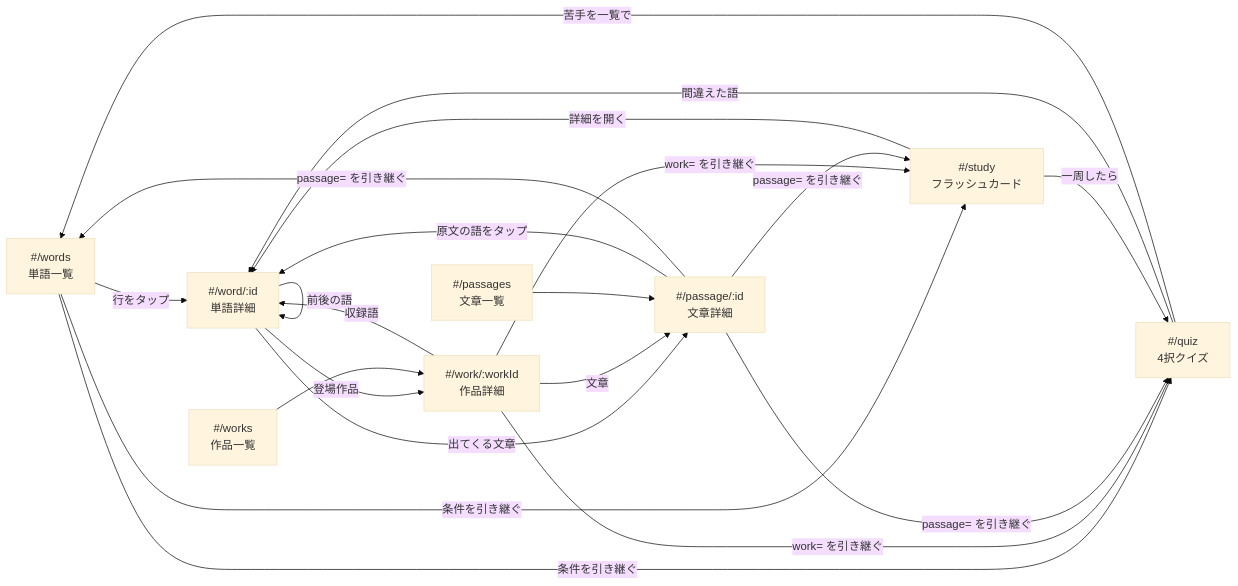
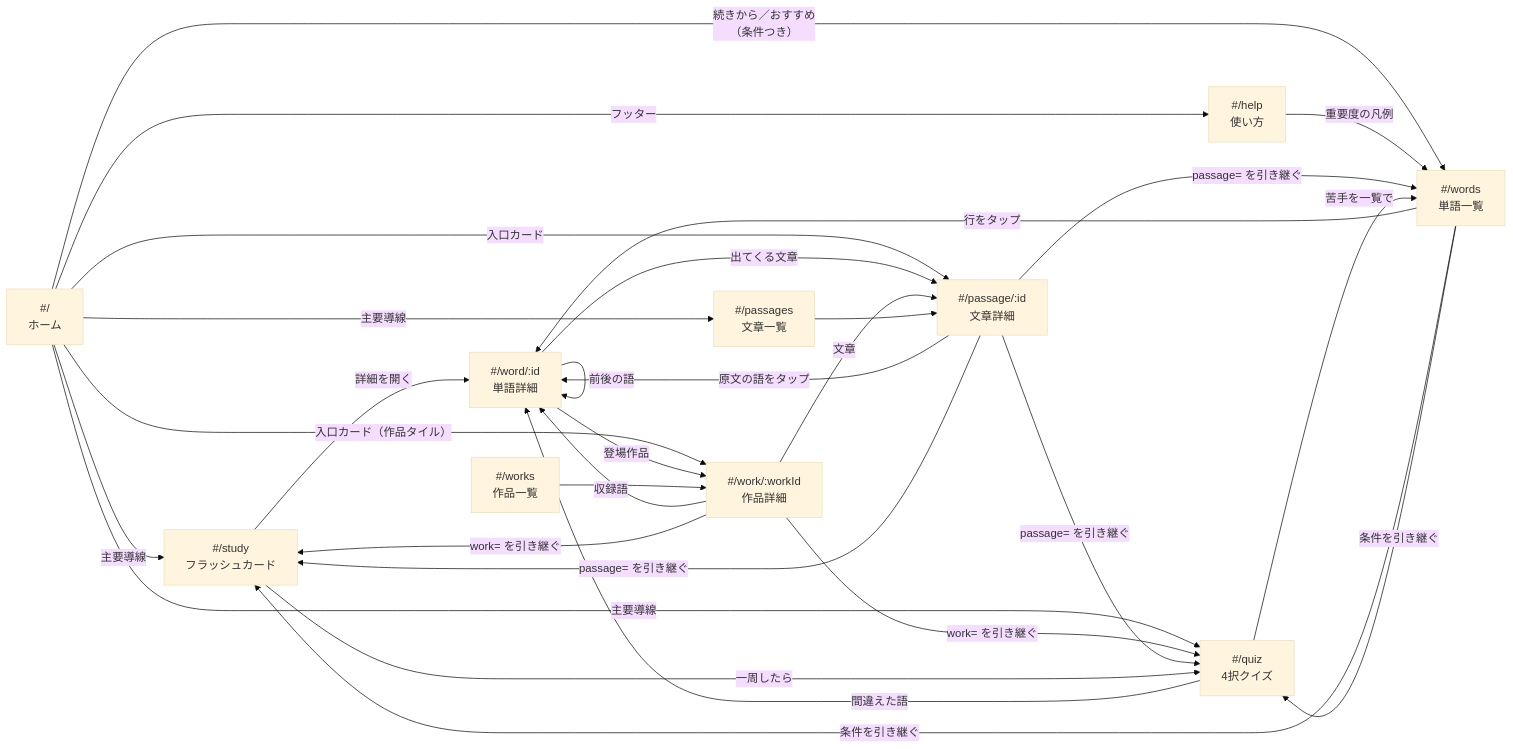
One commit to amemineamane/kobun-tango changed the second of 2 diagrams in DESIGN.md. Above: the diagram before and after it, drawn with Mermaid (base theme). The commit also changed other lines of this file and 19 other files, not shown here.

````diff
--- a/DESIGN.md
+++ b/DESIGN.md
@@ -197,34 +197,44 @@
 ```mermaid
 flowchart LR
+    H["#/<br/>ホーム"]
+    HP["#/help<br/>使い方"]
     W["#/words<br/>単語一覧"]
     D["#/word/:id<br/>単語詳細"]
     KS["#/works<br/>作品一覧"]
     K["#/work/:workId<br/>作品詳細"]
     PS["#/passages<br/>文章一覧"]
     P["#/passage/:id<br/>文章詳細"]
     S["#/study<br/>フラッシュカード"]
     Q["#/quiz<br/>4択クイズ"]
 
+    H -->|"主要導線"| S
+    H -->|"主要導線"| PS
+    H -->|"主要導線"| Q
+    H -->|"続きから／おすすめ<br/>（条件つき）"| W
+    H -->|"入口カード（作品タイル）"| K
+    H -->|"入口カード"| P
+    H -->|フッター| HP
+    HP -->|重要度の凡例| W
     W -->|行をタップ| D
     D -->|関連語カード| D
     D -->|例文のトークン| D
     D -->|前後の語| D
     D -->|登場作品| K
     D -->|出てくる文章| P
     W -->|"条件を引き継ぐ"| S
     W -->|"条件を引き継ぐ"| Q
     KS --> K
     K -->|収録語| D
     K -->|文章| P
     K -->|"work= を引き継ぐ"| S
     K -->|"work= を引き継ぐ"| Q
     PS --> P
     P -->|原文の語をタップ| D
     P -->|"passage= を引き継ぐ"| S
     P -->|"passage= を引き継ぐ"| Q
     P -->|"passage= を引き継ぐ"| W
     S -->|詳細を開く| D
     S -->|一周したら| Q
     Q -->|間違えた語| D
     Q -->|苦手を一覧で| W
 ```
````
